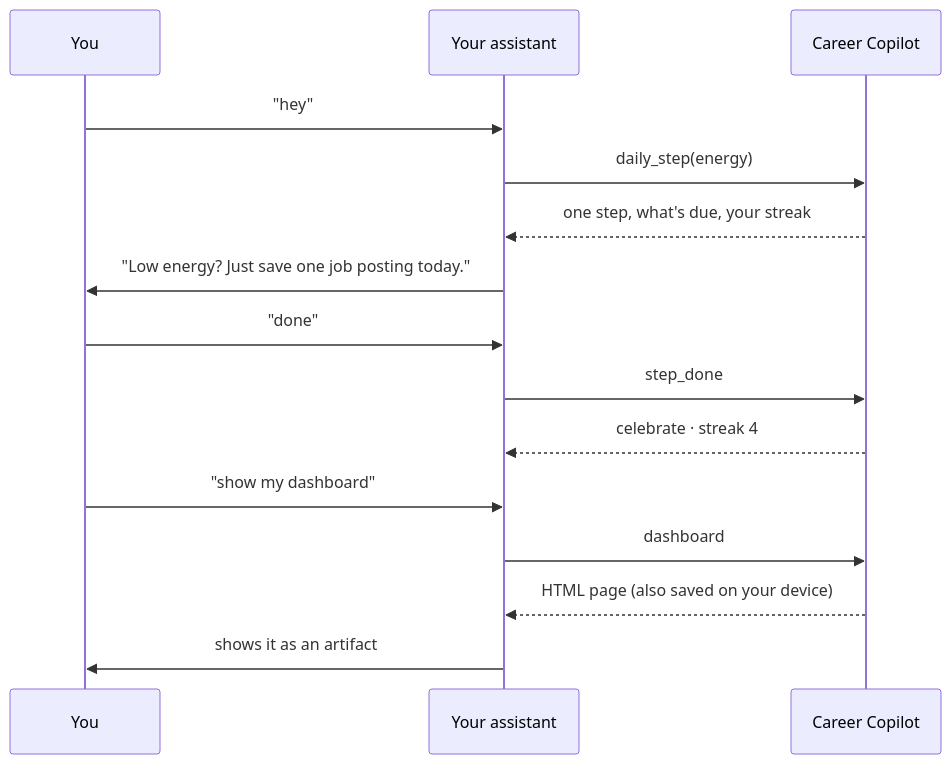
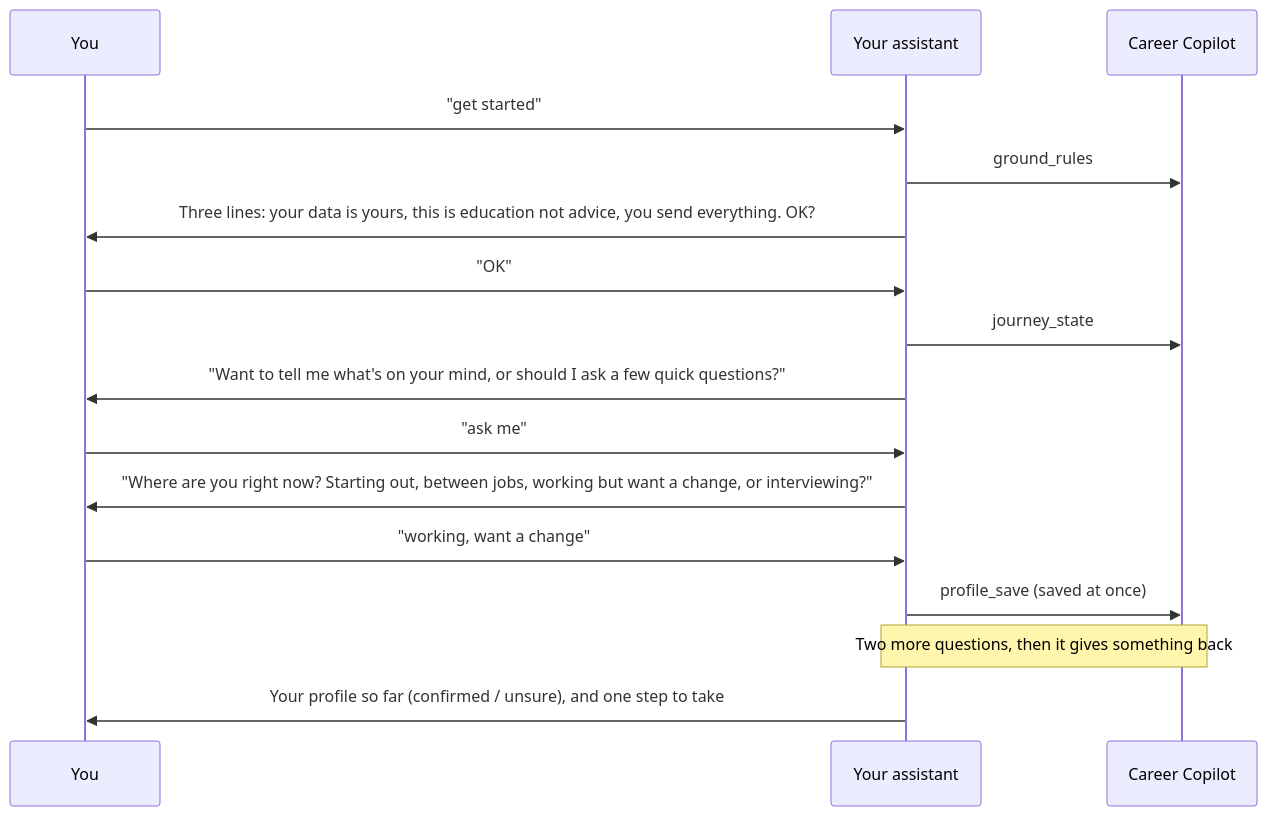
Before and after one commit to TusharSamantaray/career-copilot-mcp: the first of 3 diagrams in README.md, drawn with Mermaid. The commit also changed other lines of this file and 5 other files, not shown here.

````diff
--- a/README.md
+++ b/README.md
@@ -54,17 +66,18 @@
 ```mermaid
 sequenceDiagram
   participant Y as You
   participant A as Your assistant
   participant C as Career Copilot
-  Y->>A: "hey"
-  A->>C: daily_step(energy)
-  C-->>A: one step, what's due, your streak
-  A->>Y: "Low energy? Just save one job posting today."
-  Y->>A: "done"
-  A->>C: step_done
-  C-->>A: celebrate · streak 4
-  Y->>A: "show my dashboard"
-  A->>C: dashboard
-  C-->>A: HTML page (also saved on your device)
-  A->>Y: shows it as an artifact
+  Y->>A: "get started"
+  A->>C: ground_rules
+  A->>Y: Three lines: your data is yours, this is education not advice, you send everything. OK?
+  Y->>A: "OK"
+  A->>C: journey_state
+  A->>Y: "Want to tell me what's on your mind, or should I ask a few quick questions?"
+  Y->>A: "ask me"
+  A->>Y: "Where are you right now? Starting out, between jobs, working but want a change, or interviewing?"
+  Y->>A: "working, want a change"
+  A->>C: profile_save (saved at once)
+  Note over A,C: Two more questions, then it gives something back
+  A->>Y: Your profile so far (confirmed / unsure), and one step to take
 ```
````
